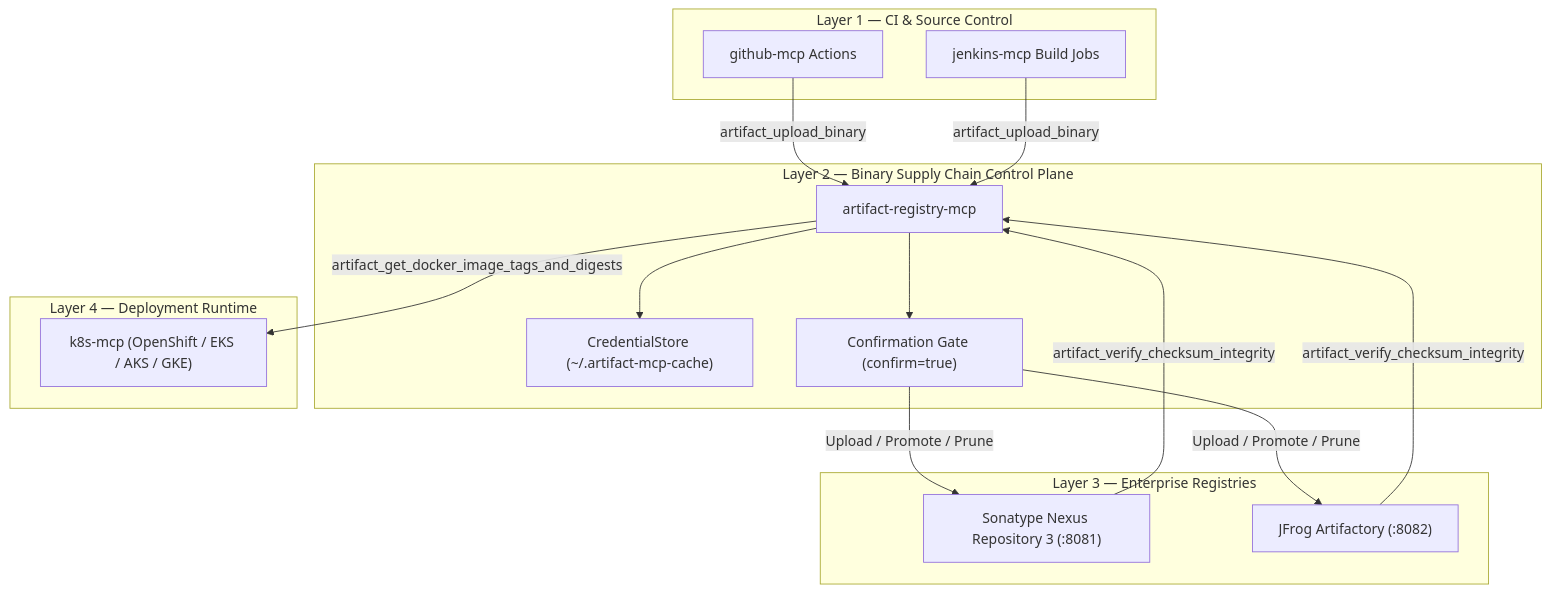
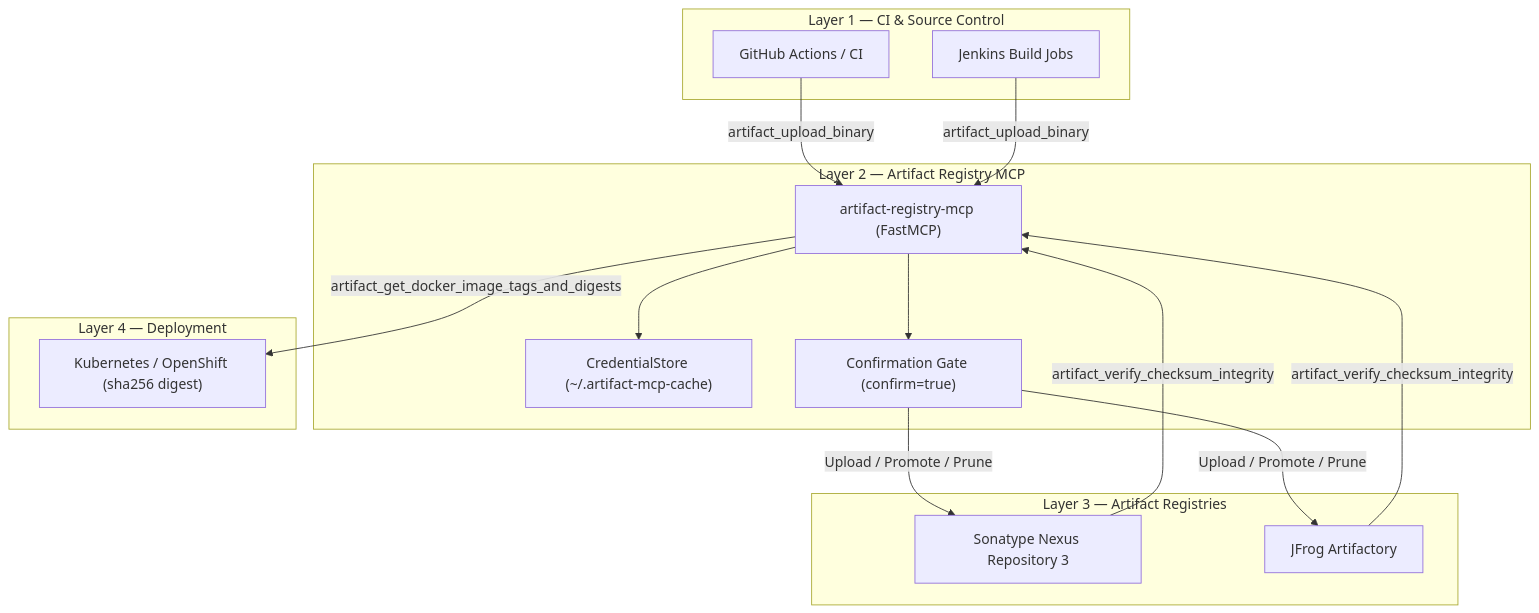
The diagram in README.md (Pawangunjkar/artifact-registry-mcp), drawn with Mermaid before and after one commit. The commit also changed other lines of this file and 16 other files, not shown here.

Commit message:
refactor: move artifact_mcp under src/ and clean README and configs

````diff
--- a/README.md
+++ b/README.md
@@ -39,32 +24,32 @@
 ```mermaid
 flowchart TB
   subgraph CI["Layer 1 — CI & Source Control"]
-    GH["github-mcp Actions"]
-    JK["jenkins-mcp Build Jobs"]
+    GH["GitHub Actions / CI"]
+    JK["Jenkins Build Jobs"]
   end
 
-  subgraph MCP["Layer 2 — Binary Supply Chain Control Plane"]
-    REG["artifact-registry-mcp"]
+  subgraph MCP["Layer 2 — Artifact Registry MCP"]
+    REG["artifact-registry-mcp (FastMCP)"]
     CS["CredentialStore (~/.artifact-mcp-cache)"]
     GATE["Confirmation Gate (confirm=true)"]
   end
 
-  subgraph BACKENDS["Layer 3 — Enterprise Registries"]
-    NEXUS["Sonatype Nexus Repository 3 (:8081)"]
-    JFROG["JFrog Artifactory (:8082)"]
+  subgraph BACKENDS["Layer 3 — Artifact Registries"]
+    NEXUS["Sonatype Nexus Repository 3"]
+    JFROG["JFrog Artifactory"]
   end
 
-  subgraph DEPLOY["Layer 4 — Deployment Runtime"]
-    K8S["k8s-mcp (OpenShift / EKS / AKS / GKE)"]
+  subgraph DEPLOY["Layer 4 — Deployment"]
+    K8S["Kubernetes / OpenShift (sha256 digest)"]
   end
 
   GH -->|"artifact_upload_binary"| REG
   JK -->|"artifact_upload_binary"| REG
   REG --> CS
   REG --> GATE
   GATE -->|"Upload / Promote / Prune"| NEXUS
   GATE -->|"Upload / Promote / Prune"| JFROG
   NEXUS -->|"artifact_verify_checksum_integrity"| REG
   JFROG -->|"artifact_verify_checksum_integrity"| REG
   REG -->|"artifact_get_docker_image_tags_and_digests"| K8S
 ```
````
